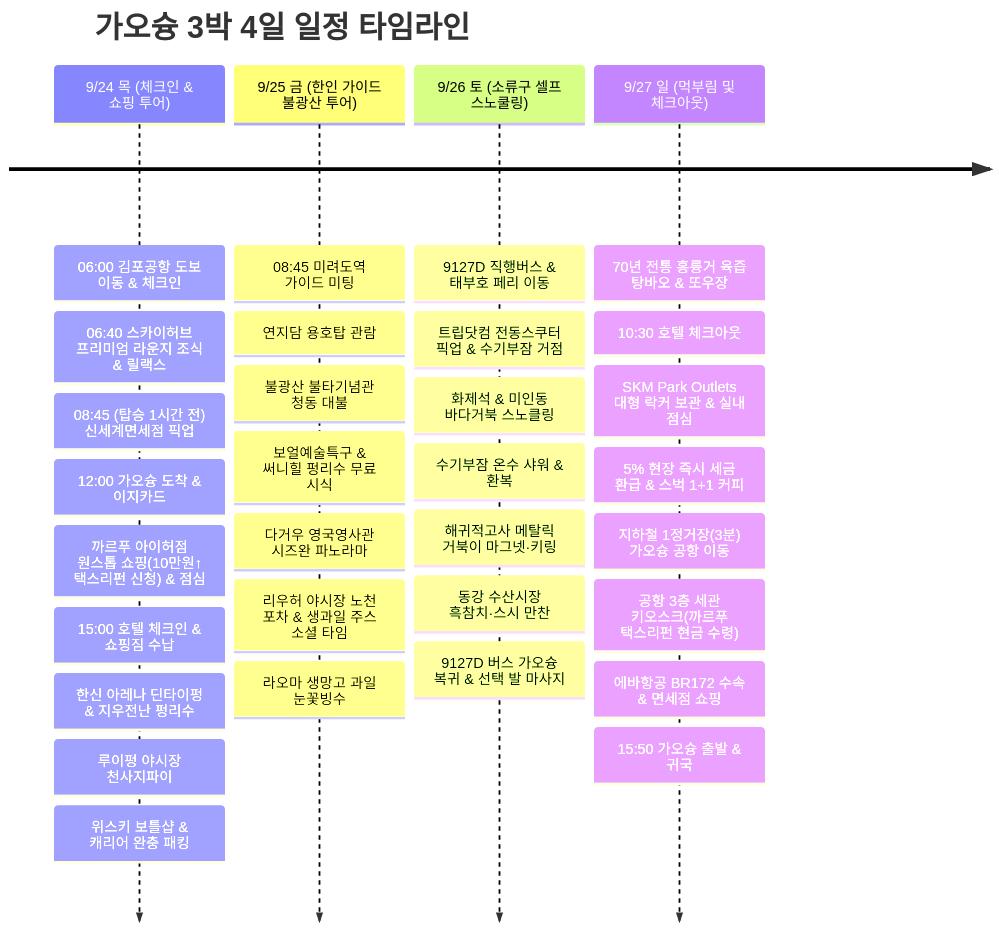
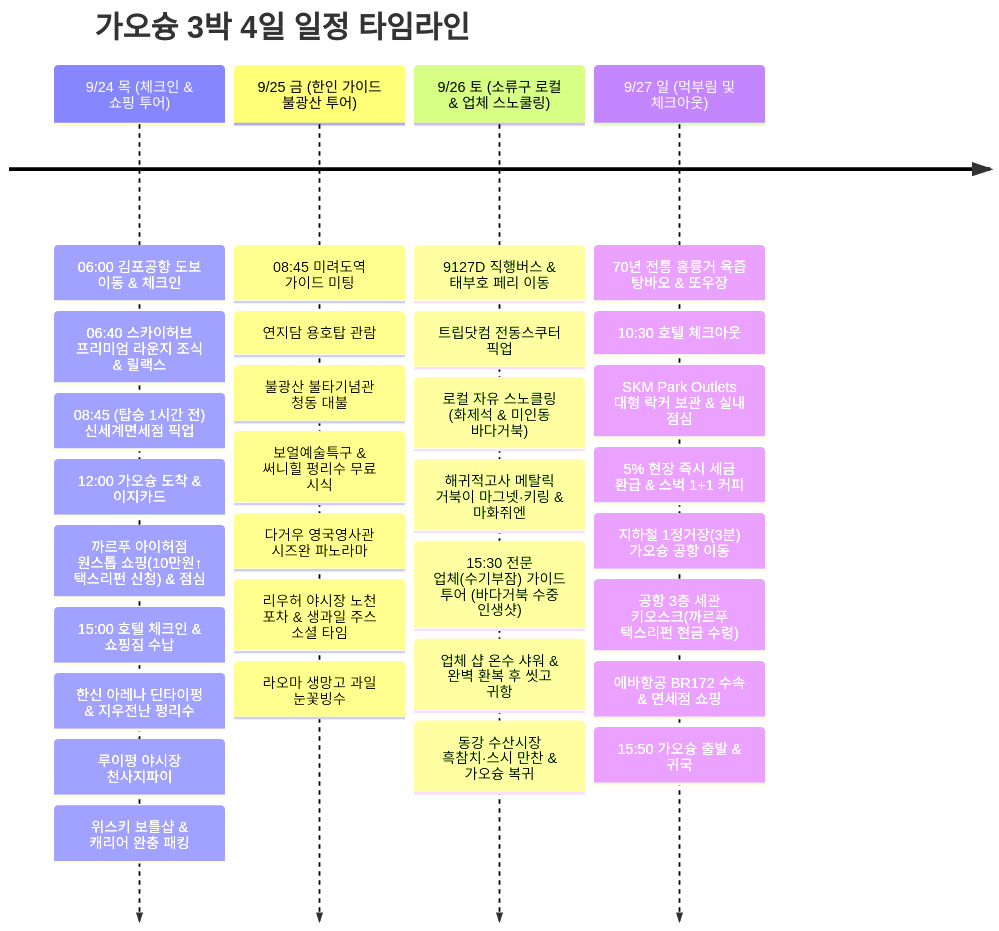
Before and after one commit to gongdongho12/commit-map: the diagram in src/content/posts/2026-09-24-kaohsiung-xiaoliuqiu.md, drawn with Mermaid. The commit also changed other lines of this file, not shown here.

````diff
--- a/src/content/posts/2026-09-24-kaohsiung-xiaoliuqiu.md
+++ b/src/content/posts/2026-09-24-kaohsiung-xiaoliuqiu.md
@@ -379,35 +379,35 @@
 ```mermaid
 timeline
   title 가오슝 3박 4일 일정 타임라인
   9/24 목 (체크인 & 쇼핑 투어) : 06:00 김포공항 도보 이동 & 체크인
                        : 06:40 스카이허브 프리미엄 라운지 조식 & 릴랙스
                        : 08:45 (탑승 1시간 전) 신세계면세점 픽업
                        : 12:00 가오슝 도착 & 이지카드
                        : 까르푸 아이허점 원스톱 쇼핑(10만원↑ 택스리펀 신청) & 점심
                        : 15:00 호텔 체크인 & 쇼핑짐 수납
                        : 한신 아레나 딘타이펑 & 지우전난 펑리수
                        : 루이펑 야시장 천사지파이
                        : 위스키 보틀샵 & 캐리어 완충 패킹
   9/25 금 (한인 가이드 불광산 투어) : 08:45 미려도역 가이드 미팅
                        : 연지담 용호탑 관람
                        : 불광산 불타기념관 청동 대불
                        : 보얼예술특구 & 써니힐 펑리수 무료 시식
                        : 다거우 영국영사관 시즈완 파노라마
                        : 리우허 야시장 노천 포차 & 생과일 주스 소셜 타임
                        : 라오마 생망고 과일 눈꽃빙수
-  9/26 토 (소류구 셀프 스노쿨링) : 9127D 직행버스 & 태부호 페리 이동
-                       : 트립닷컴 전동스쿠터 픽업 & 수기부잠 거점
-                       : 화제석 & 미인동 바다거북 스노클링
-                       : 수기부잠 온수 샤워 & 환복
-                       : 해귀적고사 메탈릭 거북이 마그넷·키링
-                       : 동강 수산시장 흑참치·스시 만찬
-                       : 9127D 버스 가오슝 복귀 & 선택 발 마사지
+  9/26 토 (소류구 로컬 & 업체 스노쿨링) : 9127D 직행버스 & 태부호 페리 이동
+                       : 트립닷컴 전동스쿠터 픽업
+                       : 로컬 자유 스노클링 (화제석 & 미인동 바다거북)
+                       : 해귀적고사 메탈릭 거북이 마그넷·키링 & 마화쥐엔
+                       : 15:30 전문 업체(수기부잠) 가이드 투어 (바다거북 수중 인생샷)
+                       : 업체 샵 온수 샤워 & 완벽 환복 후 씻고 귀항
+                       : 동강 수산시장 흑참치·스시 만찬 & 가오슝 복귀
   9/27 일 (먹부림 및 체크아웃) : 70년 전통 흥륭거 육즙 탕바오 & 또우장
                        : 10:30 호텔 체크아웃
                        : SKM Park Outlets 대형 락커 보관 & 실내 점심
                        : 5% 현장 즉시 세금 환급 & 스벅 1+1 커피
                        : 지하철 1정거장(3분) 가오슝 공항 이동
                        : 공항 3층 세관 키오스크(까르푸 택스리펀 현금 수령)
                        : 에바항공 BR172 수속 & 면세점 쇼핑
                        : 15:50 가오슝 출발 & 귀국
 ```
````
